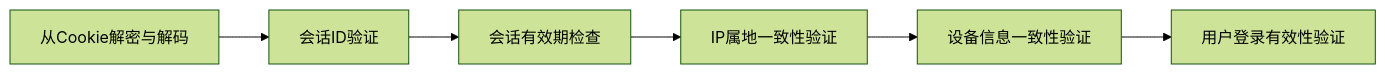
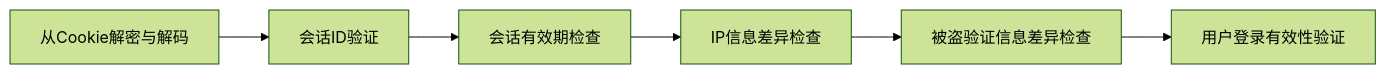
The second of 2 diagrams in README.md (qiulaidongfeng/safesession), drawn with Mermaid (forest theme) before and after one commit. The commit also changed other lines of this file and 2 other files, not shown here.

````diff
--- a/README.md
+++ b/README.md
@@ -31,8 +35,8 @@
 ```mermaid
 graph LR
     A[从Cookie解密与解码] --> B[会话ID验证]
     B --> C[会话有效期检查]
-    C --> D[IP属地一致性验证]
-    D --> E[设备信息一致性验证]
+    C --> D[IP信息差异检查]
+    D --> E[被盗验证信息差异检查]
     E --> F[用户登录有效性验证]
 ```
````
